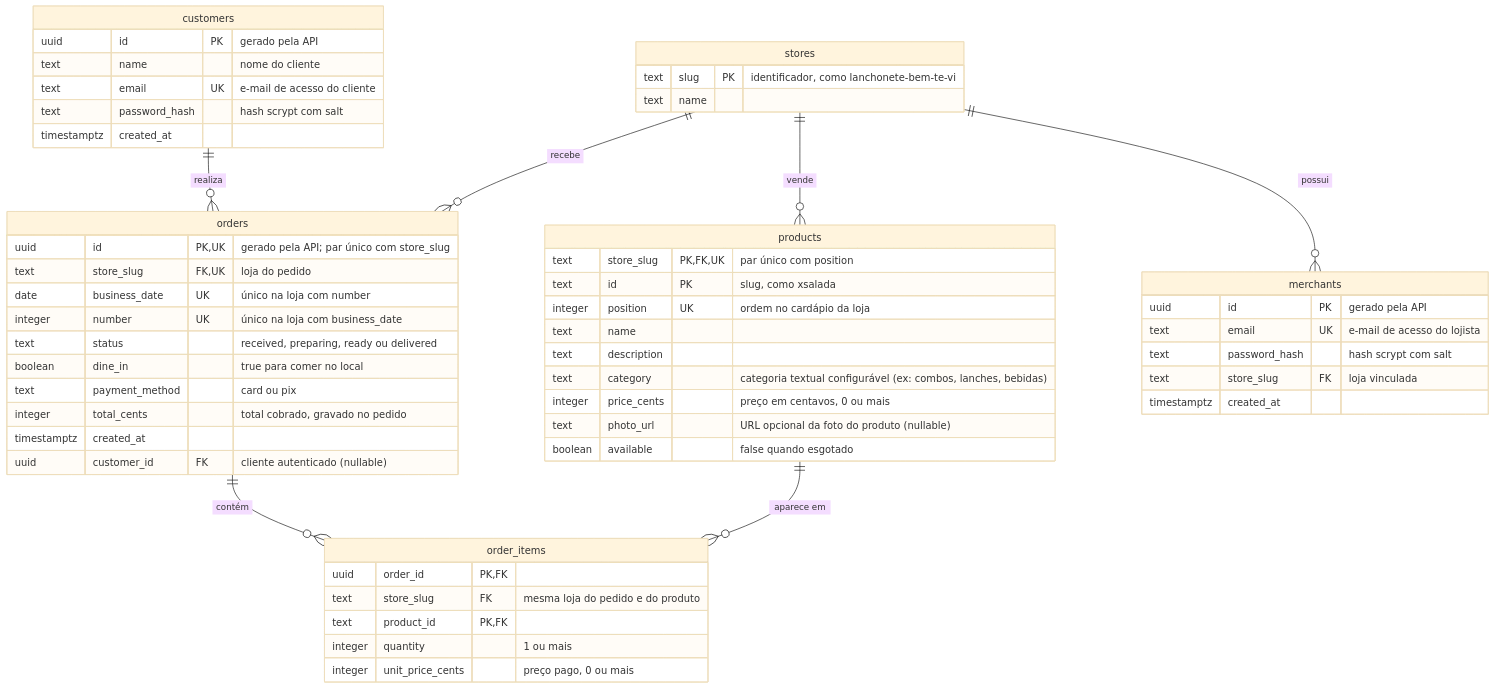
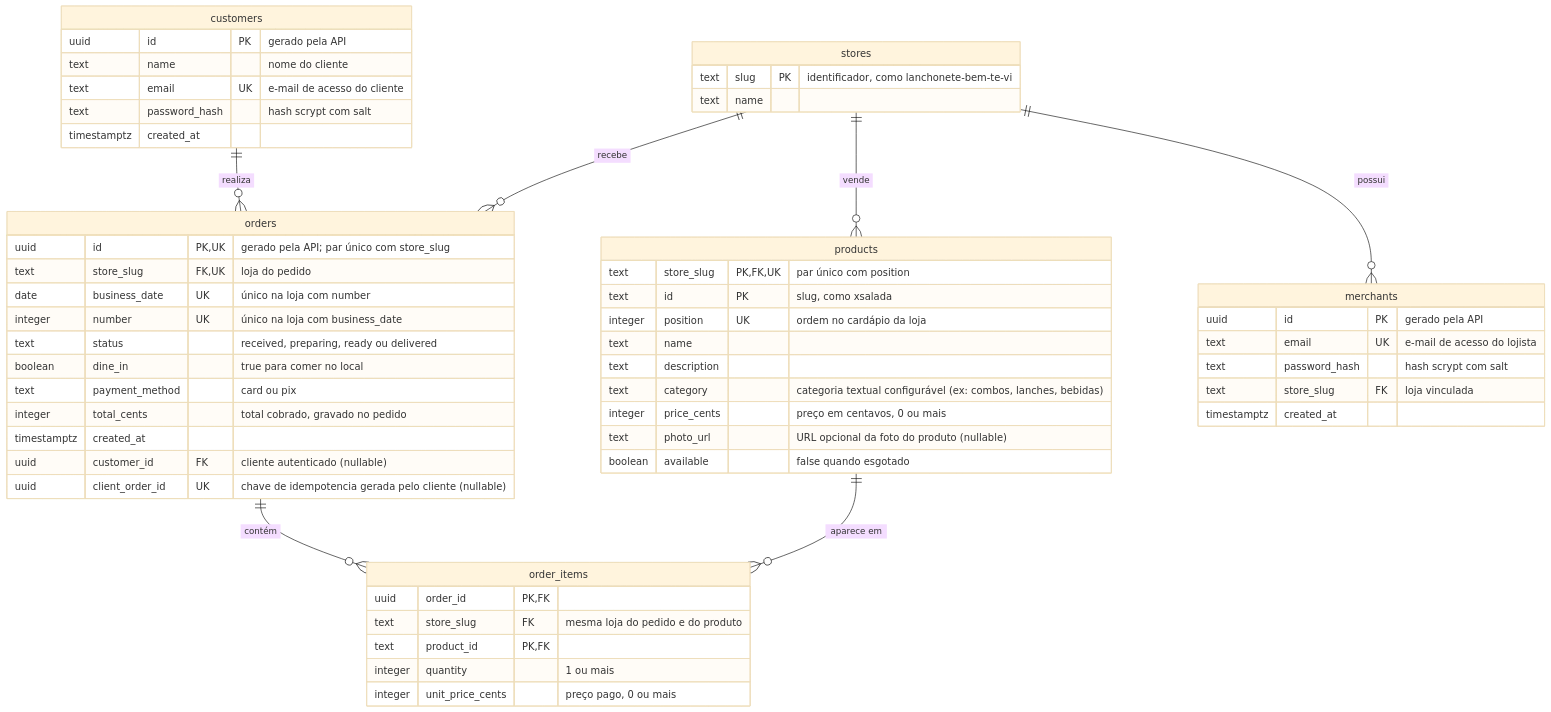
Before and after one commit to kaualimadesouza/EI: the diagram in docs/banco-de-dados.md, drawn with Mermaid (base theme). The commit also changed 27 other files, not shown here.

````diff
--- a/docs/banco-de-dados.md
+++ b/docs/banco-de-dados.md
@@ -9,65 +9,66 @@
 ```mermaid
 %%{init: {"htmlLabels": false}}%%
 %% htmlLabels off: labels render as SVG text, not HTML boxes that can clip
 erDiagram
     stores ||--o{ products : "vende"
     stores ||--o{ orders : "recebe"
     stores ||--o{ merchants : "possui"
     customers ||--o{ orders : "realiza"
     products ||--o{ order_items : "aparece em"
     orders ||--o{ order_items : "contém"
 
     stores {
         text slug PK "identificador, como lanchonete-bem-te-vi"
         text name
     }
 
     merchants {
         uuid id PK "gerado pela API"
         text email UK "e-mail de acesso do lojista"
         text password_hash "hash scrypt com salt"
         text store_slug FK "loja vinculada"
         timestamptz created_at
     }
 
     customers {
         uuid id PK "gerado pela API"
         text name "nome do cliente"
         text email UK "e-mail de acesso do cliente"
         text password_hash "hash scrypt com salt"
         timestamptz created_at
     }
 
     products {
         text store_slug PK, FK, UK "par único com position"
         text id PK "slug, como xsalada"
         integer position UK "ordem no cardápio da loja"
         text name
         text description
         text category "categoria textual configurável (ex: combos, lanches, bebidas)"
         integer price_cents "preço em centavos, 0 ou mais"
         text photo_url "URL opcional da foto do produto (nullable)"
         boolean available "false quando esgotado"
     }
 
     orders {
         uuid id PK, UK "gerado pela API; par único com store_slug"
         text store_slug FK, UK "loja do pedido"
         date business_date UK "único na loja com number"
         integer number UK "único na loja com business_date"
         text status "received, preparing, ready ou delivered"
         boolean dine_in "true para comer no local"
         text payment_method "card ou pix"
         integer total_cents "total cobrado, gravado no pedido"
         timestamptz created_at
         uuid customer_id FK "cliente autenticado (nullable)"
+        uuid client_order_id UK "chave de idempotencia gerada pelo cliente (nullable)"
     }
 
     order_items {
         uuid order_id PK, FK
         text store_slug FK "mesma loja do pedido e do produto"
         text product_id PK, FK
         integer quantity "1 ou mais"
         integer unit_price_cents "preço pago, 0 ou mais"
     }
 ```
````
